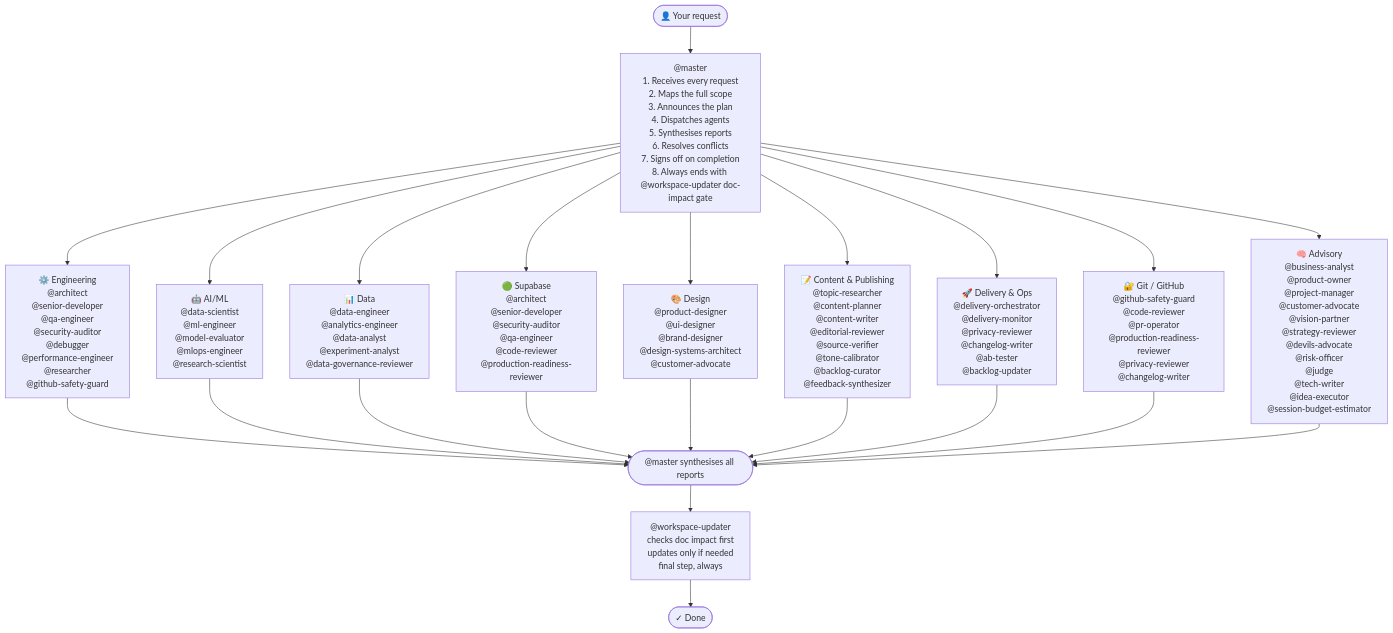
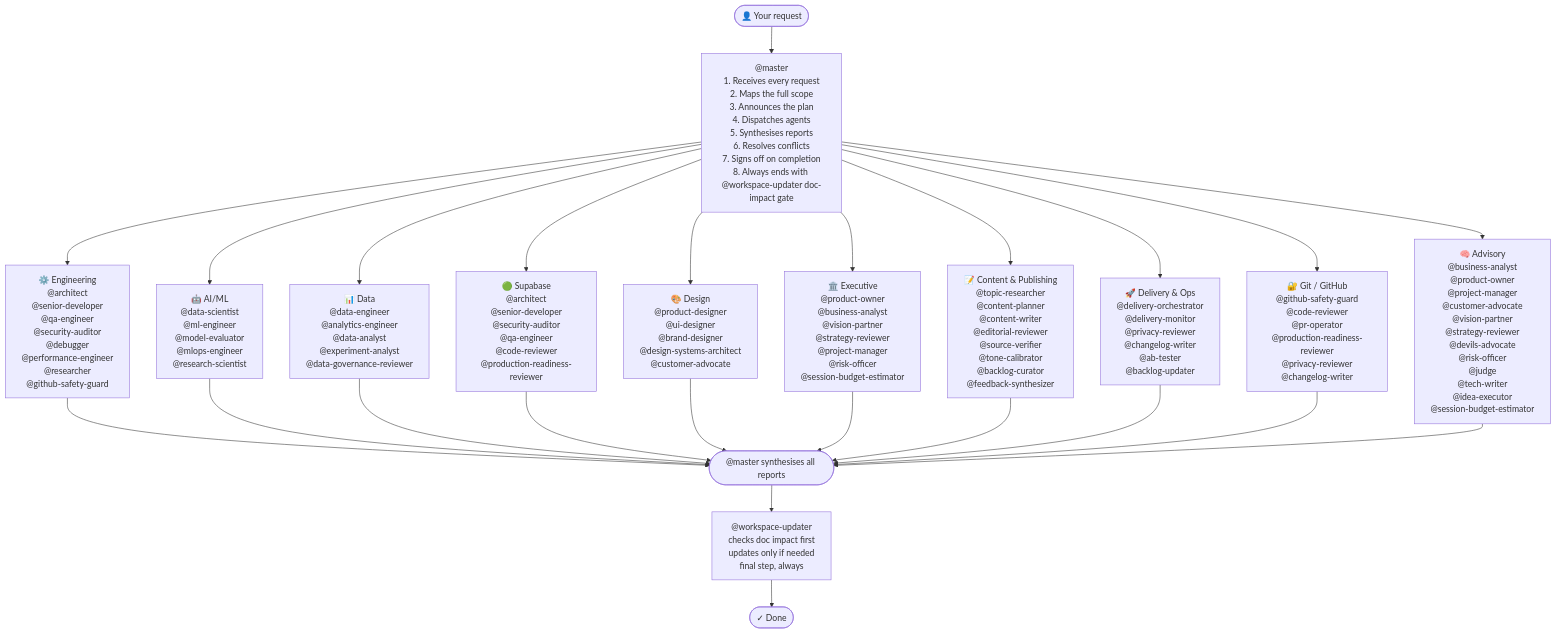
One commit to Konstantinos-Sakellariou/claude-team-kit changed the diagram in README.md. Above: the diagram before and after it, drawn with Mermaid. The commit also changed other lines of this file and 10 other files, not shown here.

Commit message:
feat(workspace): add executive team architecture

````diff
--- a/README.md
+++ b/README.md
@@ -259,33 +261,35 @@
 ```mermaid
 flowchart TD
     USER(["👤 Your request"])
     USER --> MASTER
 
     MASTER["@master\n1. Receives every request\n2. Maps the full scope\n3. Announces the plan\n4. Dispatches agents\n5. Synthesises reports\n6. Resolves conflicts\n7. Signs off on completion\n8. Always ends with @workspace-updater doc-impact gate"]
 
     MASTER --> ENG["⚙️ Engineering\n@architect\n@senior-developer\n@qa-engineer\n@security-auditor\n@debugger\n@performance-engineer\n@researcher\n@github-safety-guard"]
     MASTER --> ML["🤖 AI/ML\n@data-scientist\n@ml-engineer\n@model-evaluator\n@mlops-engineer\n@research-scientist"]
     MASTER --> DATA["📊 Data\n@data-engineer\n@analytics-engineer\n@data-analyst\n@experiment-analyst\n@data-governance-reviewer"]
     MASTER --> SUPA["🟢 Supabase\n@architect\n@senior-developer\n@security-auditor\n@qa-engineer\n@code-reviewer\n@production-readiness-reviewer"]
     MASTER --> DESIGN["🎨 Design\n@product-designer\n@ui-designer\n@brand-designer\n@design-systems-architect\n@customer-advocate"]
+    MASTER --> EXEC["🏛️ Executive\n@product-owner\n@business-analyst\n@vision-partner\n@strategy-reviewer\n@project-manager\n@risk-officer\n@session-budget-estimator"]
 
     MASTER --> CONT["📝 Content & Publishing\n@topic-researcher\n@content-planner\n@content-writer\n@editorial-reviewer\n@source-verifier\n@tone-calibrator\n@backlog-curator\n@feedback-synthesizer"]
 
     MASTER --> DELIV["🚀 Delivery & Ops\n@delivery-orchestrator\n@delivery-monitor\n@privacy-reviewer\n@changelog-writer\n@ab-tester\n@backlog-updater"]
     MASTER --> GIT["🔐 Git / GitHub\n@github-safety-guard\n@code-reviewer\n@pr-operator\n@production-readiness-reviewer\n@privacy-reviewer\n@changelog-writer"]
 
     MASTER --> ADV["🧠 Advisory\n@business-analyst\n@product-owner\n@project-manager\n@customer-advocate\n@vision-partner\n@strategy-reviewer\n@devils-advocate\n@risk-officer\n@judge\n@tech-writer\n@idea-executor\n@session-budget-estimator"]
 
     ENG --> SYNTH(["@master synthesises all reports"])
     ML --> SYNTH
     DATA --> SYNTH
     SUPA --> SYNTH
     DESIGN --> SYNTH
+    EXEC --> SYNTH
     CONT --> SYNTH
     DELIV --> SYNTH
     GIT --> SYNTH
     ADV --> SYNTH
 
     SYNTH --> WU["@workspace-updater\nchecks doc impact first\nupdates only if needed\nfinal step, always"]
     WU --> DONE(["✓ Done"])
 ```
````
